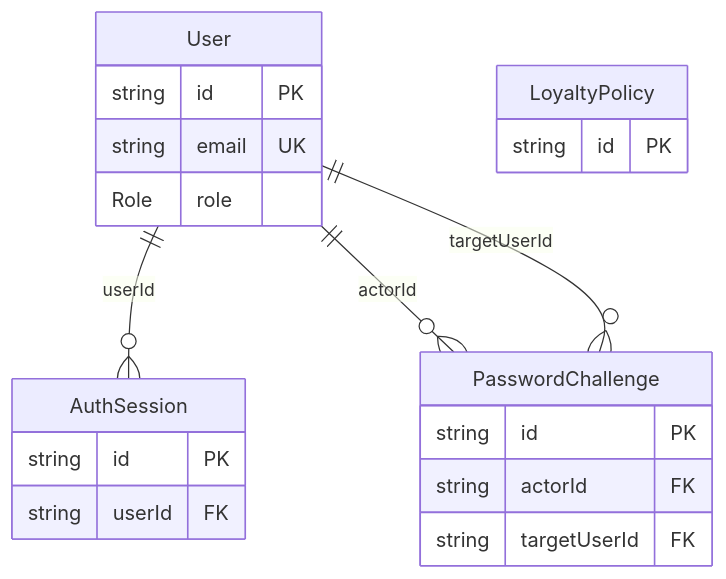
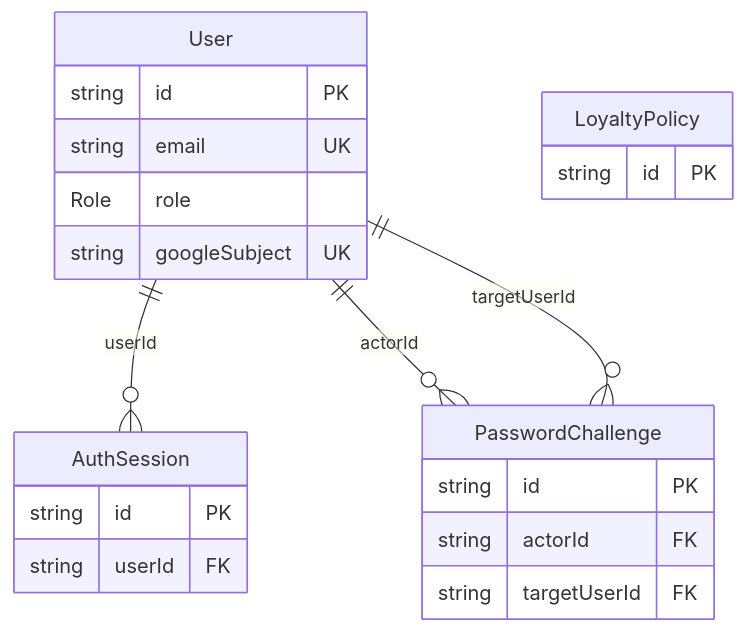
Before and after one commit to phung086/lab-resource-manager: the fourth of 7 diagrams in docs/DB-erd/core-erd.md, drawn with Mermaid. The commit also changed other lines of this file and 281 other files, not shown here.

````diff
--- a/docs/DB-erd/core-erd.md
+++ b/docs/DB-erd/core-erd.md
@@ -335,23 +337,24 @@
 ```mermaid
 erDiagram
     User {
         string id PK
         string email UK
         Role role
+        string googleSubject UK
     }
     AuthSession {
         string id PK
         string userId FK
     }
     PasswordChallenge {
         string id PK
         string actorId FK
         string targetUserId FK
     }
     LoyaltyPolicy {
         string id PK
     }
     User ||--o{ AuthSession : "userId"
     User ||--o{ PasswordChallenge : "actorId"
     User ||--o{ PasswordChallenge : "targetUserId"
 ```
````
